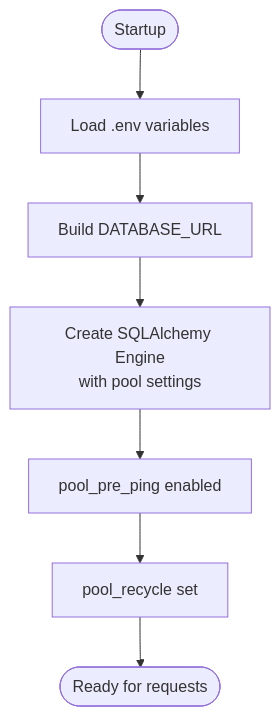
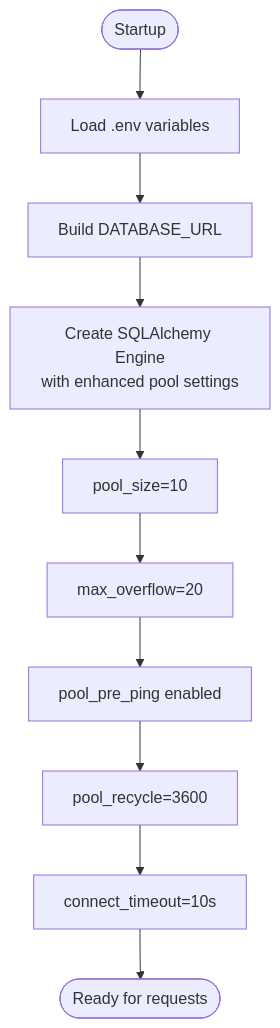
The third of 7 diagrams in .qoder/repowiki/en/content/Deployment & Production.md (vinhle-HCMUT/MuseAmigo_API), drawn with Mermaid before and after one commit. The commit also changed other lines of this file and 4 other files, not shown here.

````diff
--- a/.qoder/repowiki/en/content/Deployment & Production.md
+++ b/.qoder/repowiki/en/content/Deployment & Production.md
@@ -152,9 +171,12 @@
 ```mermaid
 flowchart TD
 Start(["Startup"]) --> LoadEnv["Load .env variables"]
 LoadEnv --> BuildURL["Build DATABASE_URL"]
-BuildURL --> CreateEngine["Create SQLAlchemy Engine<br/>with pool settings"]
-CreateEngine --> PrePing["pool_pre_ping enabled"]
-PrePing --> Recycle["pool_recycle set"]
-Recycle --> Ready(["Ready for requests"])
+BuildURL --> CreateEngine["Create SQLAlchemy Engine<br/>with enhanced pool settings"]
+CreateEngine --> PoolSize["pool_size=10"]
+PoolSize --> MaxOverflow["max_overflow=20"]
+MaxOverflow --> PrePing["pool_pre_ping enabled"]
+PrePing --> Recycle["pool_recycle=3600"]
+Recycle --> Timeout["connect_timeout=10s"]
+Timeout --> Ready(["Ready for requests"])
 ```
````
